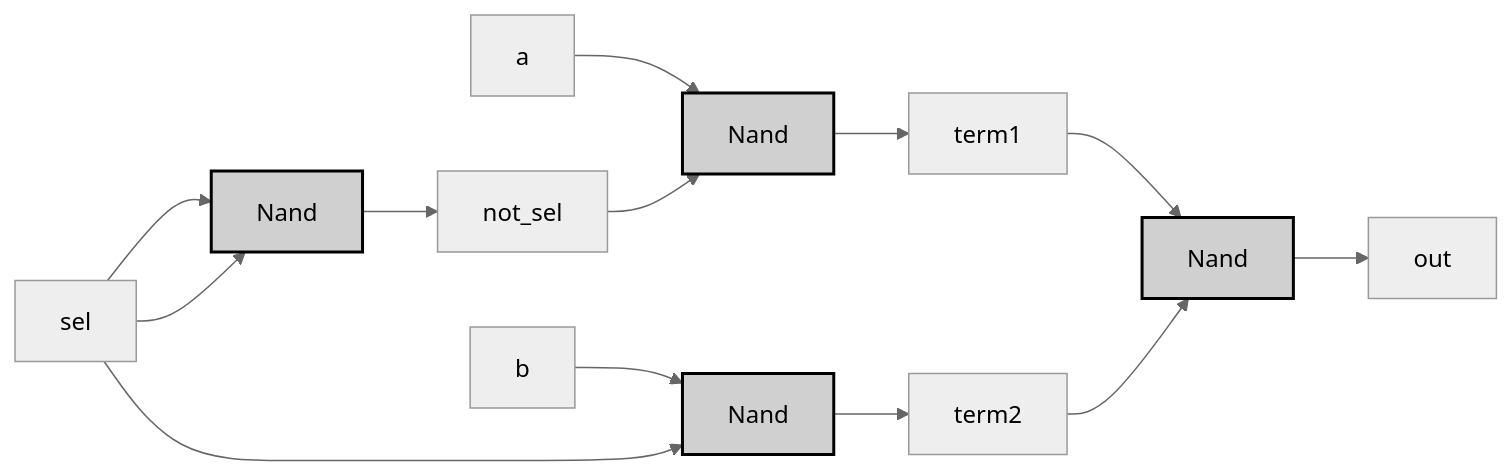
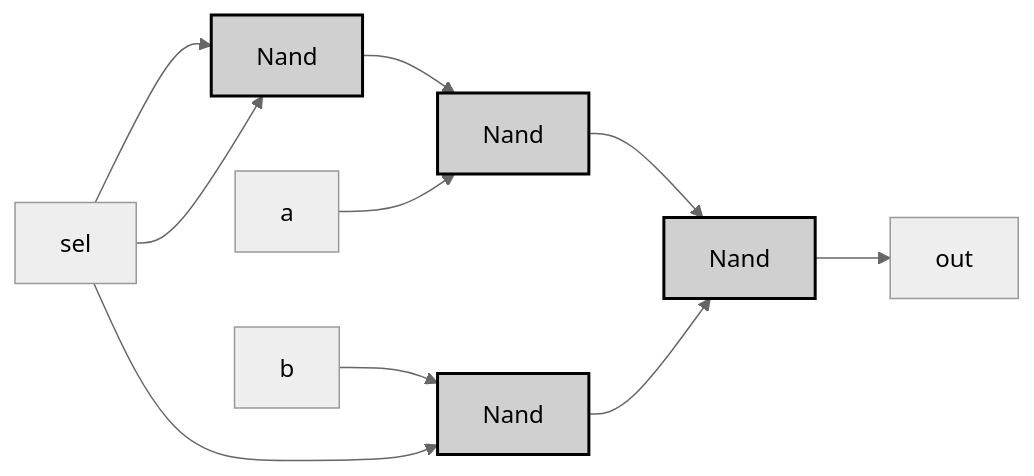
One commit to MeJamoLeo/Vault_Templates changed the second of 2 diagrams in 99_Projects/Nand2Tetris/HackHDL/05_Mux.md. Above: the diagram before and after it, drawn with Mermaid (neutral theme). The commit also changed other lines of this file and 2 other files, not shown here.

````diff
--- a/99_Projects/Nand2Tetris/HackHDL/05_Mux.md
+++ b/99_Projects/Nand2Tetris/HackHDL/05_Mux.md
@@ -157,17 +157,14 @@
 ```mermaid
 graph LR;
-    sel["sel"] --> Nand1["Nand"]:::gate
-    sel --> Nand1
-    Nand1 --> not_sel
-    a["a"] --> Nand2["Nand"]:::gate
-    not_sel --> Nand2
-    b["b"] --> Nand3["Nand"]:::gate
-    sel --> Nand3
-    Nand2 --> term1
-    Nand3 --> term2
-    term1 --> Nand4["Nand"]:::gate
-    term2 --> Nand4
-    Nand4 --> out["out"]
+    sel["sel"] --> Nand1["Nand"]:::gate;
+    sel --> Nand1;
+    Nand1 --> Nand2["Nand"]:::gate;
+    a["a"] --> Nand2;
+    b["b"] --> Nand3["Nand"]:::gate;
+    sel --> Nand3;
+    Nand2 --> Nand4["Nand"]:::gate;
+    Nand3 --> Nand4;
+    Nand4 --> out["out"];
     
     classDef gate fill:#d0d0d0,stroke:#000,stroke-width:2px;
 ```
````
